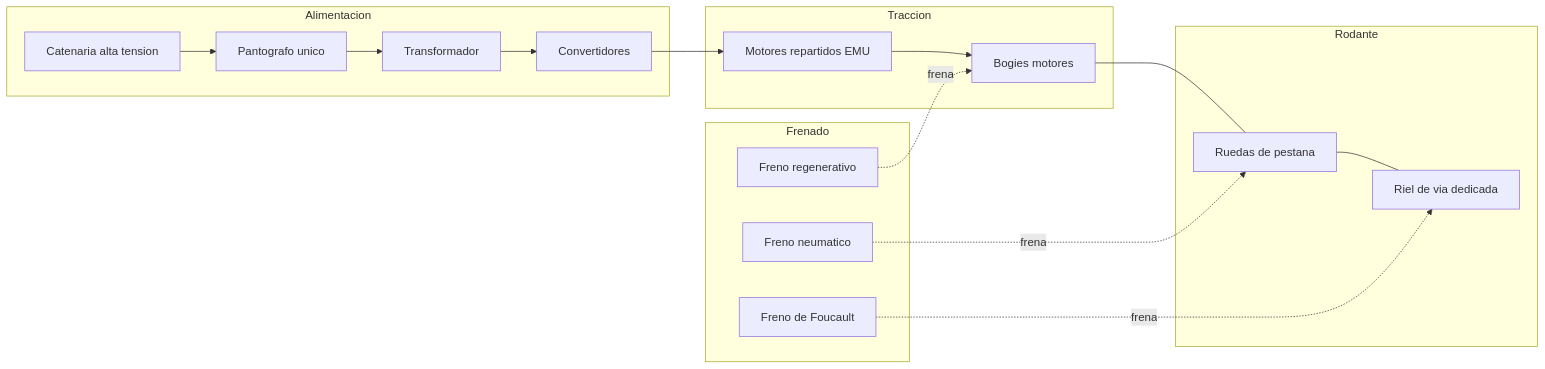
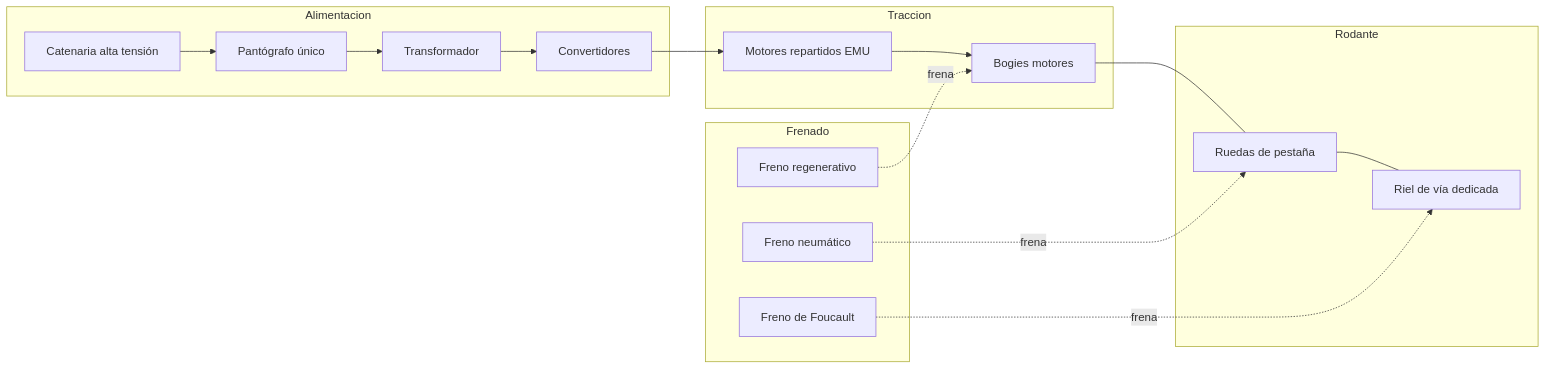
Before and after one commit to vladimiracunadev-create/machine-operator-program: the first of 4 diagrams in vehiculos/tren-alta-velocidad/operacion/sistemas-mecanicos-tren-alta-velocidad.md, drawn with Mermaid. The commit also changed other lines of this file and 442 other files, not shown here.

````diff
--- a/vehiculos/tren-alta-velocidad/operacion/sistemas-mecanicos-tren-alta-velocidad.md
+++ b/vehiculos/tren-alta-velocidad/operacion/sistemas-mecanicos-tren-alta-velocidad.md
@@ -10,24 +10,24 @@
 ```mermaid
 flowchart LR
     subgraph Alimentacion
-        Cat[Catenaria alta tension] --> Pan[Pantografo unico]
+        Cat[Catenaria alta tensión] --> Pan[Pantógrafo único]
         Pan --> Tr[Transformador]
         Tr --> Conv[Convertidores]
     end
     subgraph Traccion
         Conv --> Mot[Motores repartidos EMU]
         Mot --> Bog[Bogies motores]
     end
     subgraph Rodante
-        Bog --- Rue[Ruedas de pestana]
-        Rue --- Riel[Riel de via dedicada]
+        Bog --- Rue[Ruedas de pestaña]
+        Rue --- Riel[Riel de vía dedicada]
     end
     subgraph Frenado
         Reg[Freno regenerativo]
-        Neu[Freno neumatico]
+        Neu[Freno neumático]
         Fou[Freno de Foucault]
     end
     Reg -. frena .-> Bog
     Neu -. frena .-> Rue
     Fou -. frena .-> Riel
 ```
````
